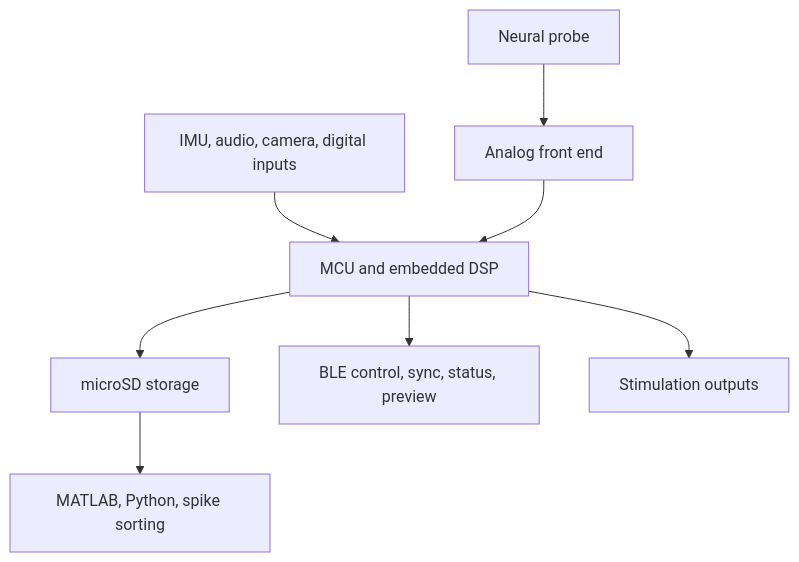
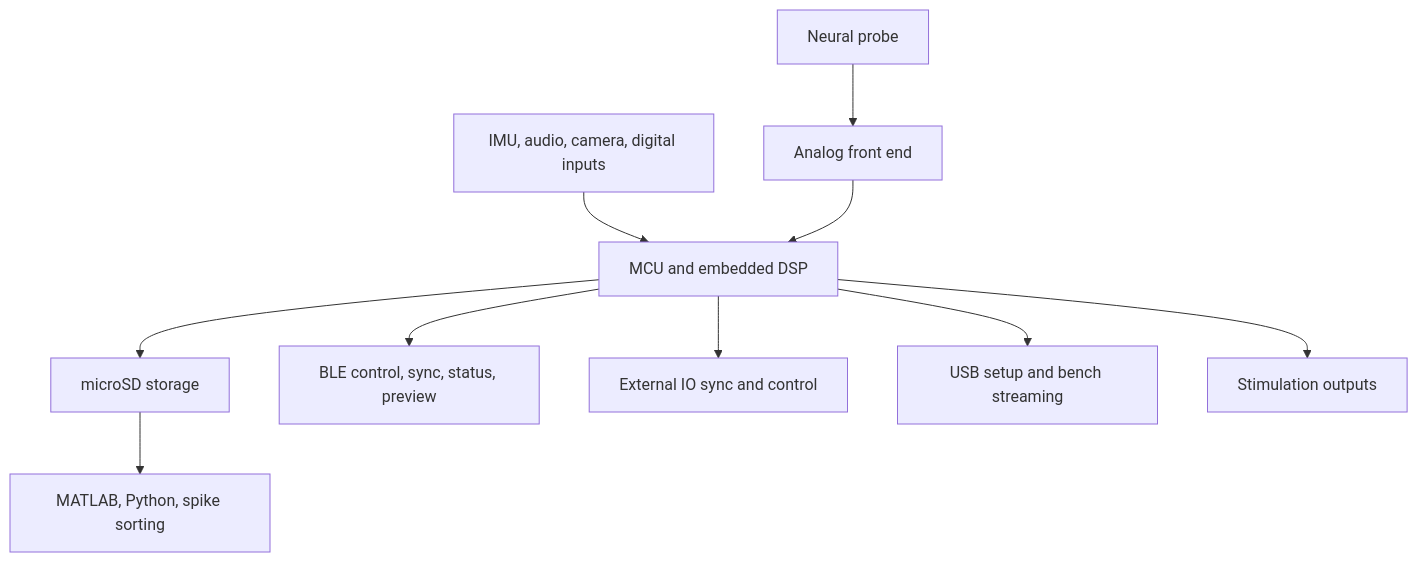
The diagram in docs/hardware/device-overview.md (zifangzhao/Neurologger), drawn with Mermaid before and after one commit. The commit also changed other lines of this file and 19 other files, not shown here.

````diff
--- a/docs/hardware/device-overview.md
+++ b/docs/hardware/device-overview.md
@@ -11,10 +13,12 @@
 ```mermaid
 flowchart TB
   Probe[Neural probe] --> AFE[Analog front end]
   Sensors[IMU, audio, camera, digital inputs] --> MCU[MCU and embedded DSP]
   AFE --> MCU
   MCU --> SD[microSD storage]
   MCU --> BLE[BLE control, sync, status, preview]
+  MCU --> ExtIO[External IO sync and control]
+  MCU --> USB[USB setup and bench streaming]
   MCU --> Stim[Stimulation outputs]
   SD --> Analysis[MATLAB, Python, spike sorting]
 ```
````
